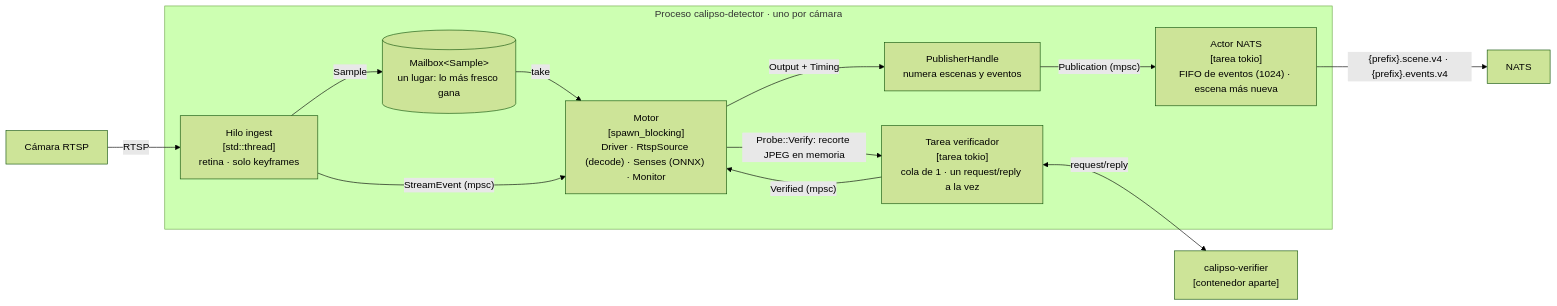
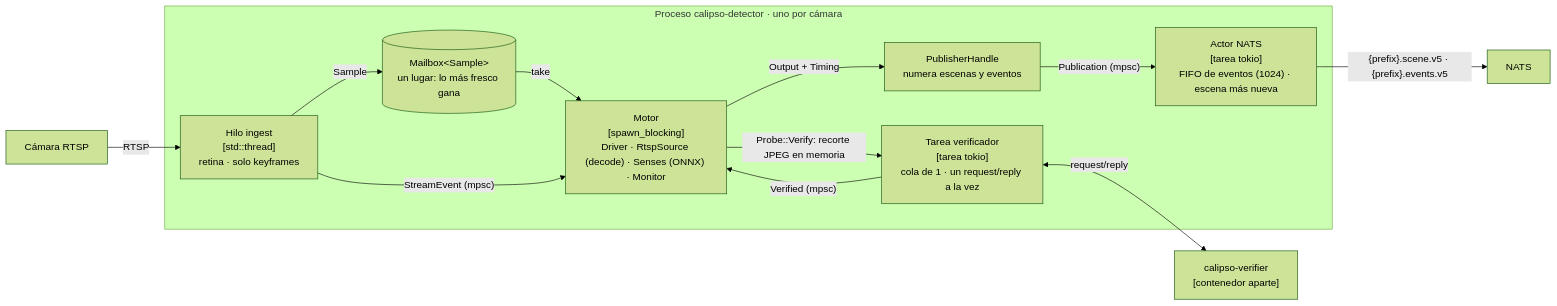
The fifth of 9 diagrams in arquitectura-c4.md (e7canasta/calipso-detector), drawn with Mermaid (forest theme) before and after one commit. The commit also changed other lines of this file and 7 other files, not shown here.

````diff
--- a/arquitectura-c4.md
+++ b/arquitectura-c4.md
@@ -318,25 +317,25 @@
 ```mermaid
 flowchart LR
     camera["Cámara RTSP"]
     subgraph det["Proceso calipso-detector · uno por cámara"]
         ingest["Hilo ingest<br/>[std::thread]<br/>retina · solo keyframes"]
         mailbox[("Mailbox&lt;Sample&gt;<br/>un lugar: lo más fresco gana")]
         engine["Motor<br/>[spawn_blocking]<br/>Driver · RtspSource (decode) · Senses (ONNX) · Monitor"]
         vtask["Tarea verificador<br/>[tarea tokio]<br/>cola de 1 · un request/reply a la vez"]
         handle["PublisherHandle<br/>numera escenas y eventos"]
         actor["Actor NATS<br/>[tarea tokio]<br/>FIFO de eventos (1024) · escena más nueva"]
     end
     vsvc["calipso-verifier<br/>[contenedor aparte]"]
     nats["NATS"]
 
     camera -->|"RTSP"| ingest
     ingest -->|"Sample"| mailbox
     mailbox -->|"take"| engine
     ingest -->|"StreamEvent (mpsc)"| engine
     engine -->|"Probe::Verify: recorte JPEG en memoria"| vtask
     vtask -->|"Verified (mpsc)"| engine
     vtask <-->|"request/reply"| vsvc
     engine -->|"Output + Timing"| handle
     handle -->|"Publication (mpsc)"| actor
-    actor -->|"{prefix}.scene.v4 · {prefix}.events.v4"| nats
+    actor -->|"{prefix}.scene.v5 · {prefix}.events.v5"| nats
 ```
````
